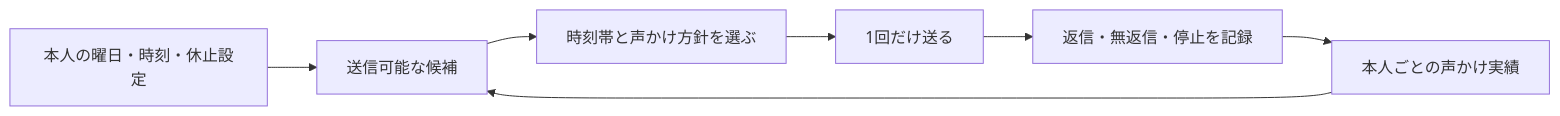
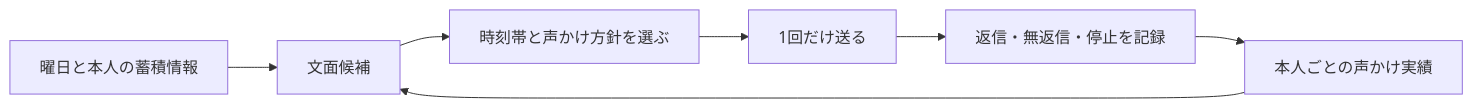
One commit to kkyosuke/me-builder changed the second of 5 diagrams in docs/product/diary-chat-experience.md. Above: the diagram before and after it, drawn with Mermaid. The commit also changed other lines of this file and 2 other files, not shown here.

````diff
--- a/docs/product/diary-chat-experience.md
+++ b/docs/product/diary-chat-experience.md
@@ -148,9 +202,9 @@
 ```mermaid
 flowchart LR
-    S[本人の曜日・時刻・休止設定] --> C[送信可能な候補]
+    I[曜日と本人の蓄積情報] --> C[文面候補]
     R[本人ごとの声かけ実績] --> C
     C --> P[時刻帯と声かけ方針を選ぶ]
     P --> D[1回だけ送る]
     D --> O[返信・無返信・停止を記録]
     O --> R
 ```
````
